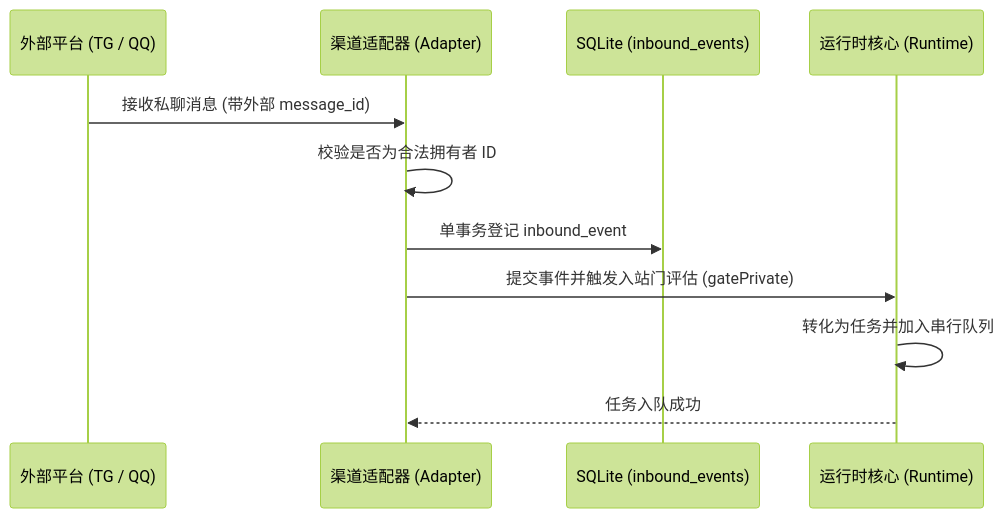
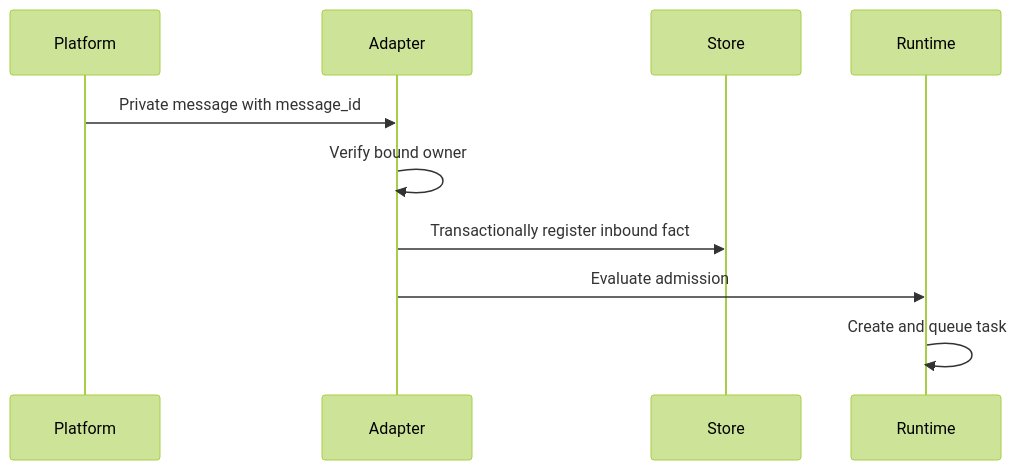
Before and after one commit to num-lab/Ruukoto: the second of 2 diagrams in docs/modules/channels.md, drawn with Mermaid (forest theme). The commit also changed other lines of this file and 3987 other files, not shown here.

````diff
--- a/docs/modules/channels.md
+++ b/docs/modules/channels.md
@@ -70,14 +47,12 @@
 ```mermaid
 sequenceDiagram
-  participant Platform as 外部平台 (TG / QQ)
-  participant Adapter as 渠道适配器 (Adapter)
-  participant Store as SQLite (inbound_events)
-  participant Runtime as 运行时核心 (Runtime)
-
-  Platform->>Adapter: 接收私聊消息 (带外部 message_id)
-  Adapter->>Adapter: 校验是否为合法拥有者 ID
-  Adapter->>Store: 单事务登记 inbound_event
-  Adapter->>Runtime: 提交事件并触发入站门评估 (gatePrivate)
-  Runtime->>Runtime: 转化为任务并加入串行队列
-  Runtime-->>Adapter: 任务入队成功
+  participant Platform
+  participant Adapter
+  participant Store
+  participant Runtime
+  Platform->>Adapter: Private message with message_id
+  Adapter->>Adapter: Verify bound owner
+  Adapter->>Store: Transactionally register inbound fact
+  Adapter->>Runtime: Evaluate admission
+  Runtime->>Runtime: Create and queue task
 ```
````
